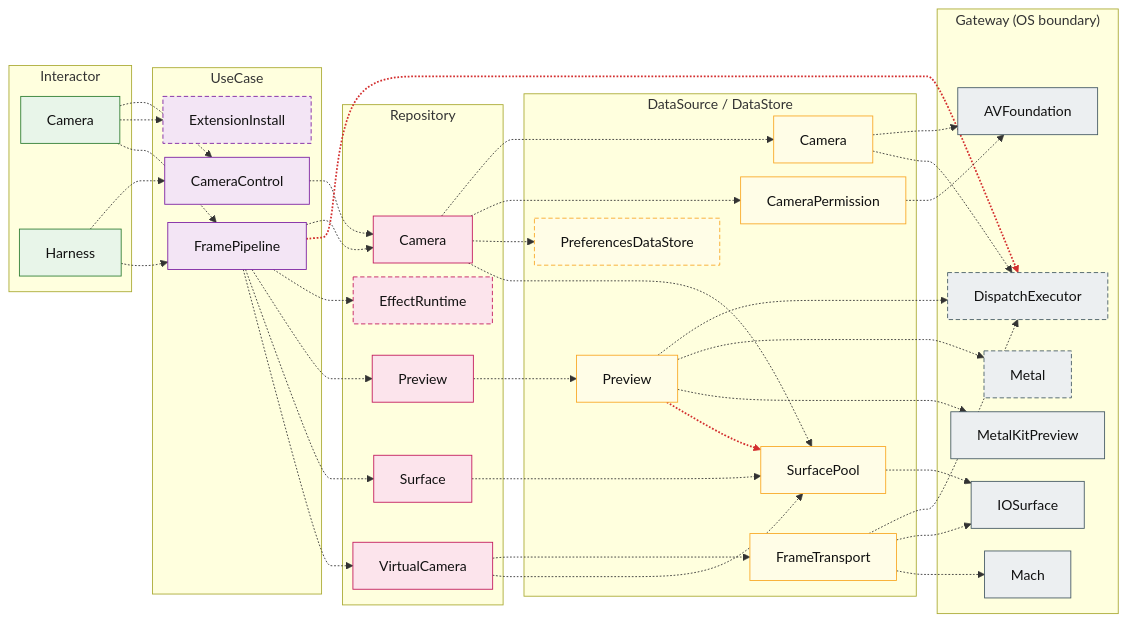
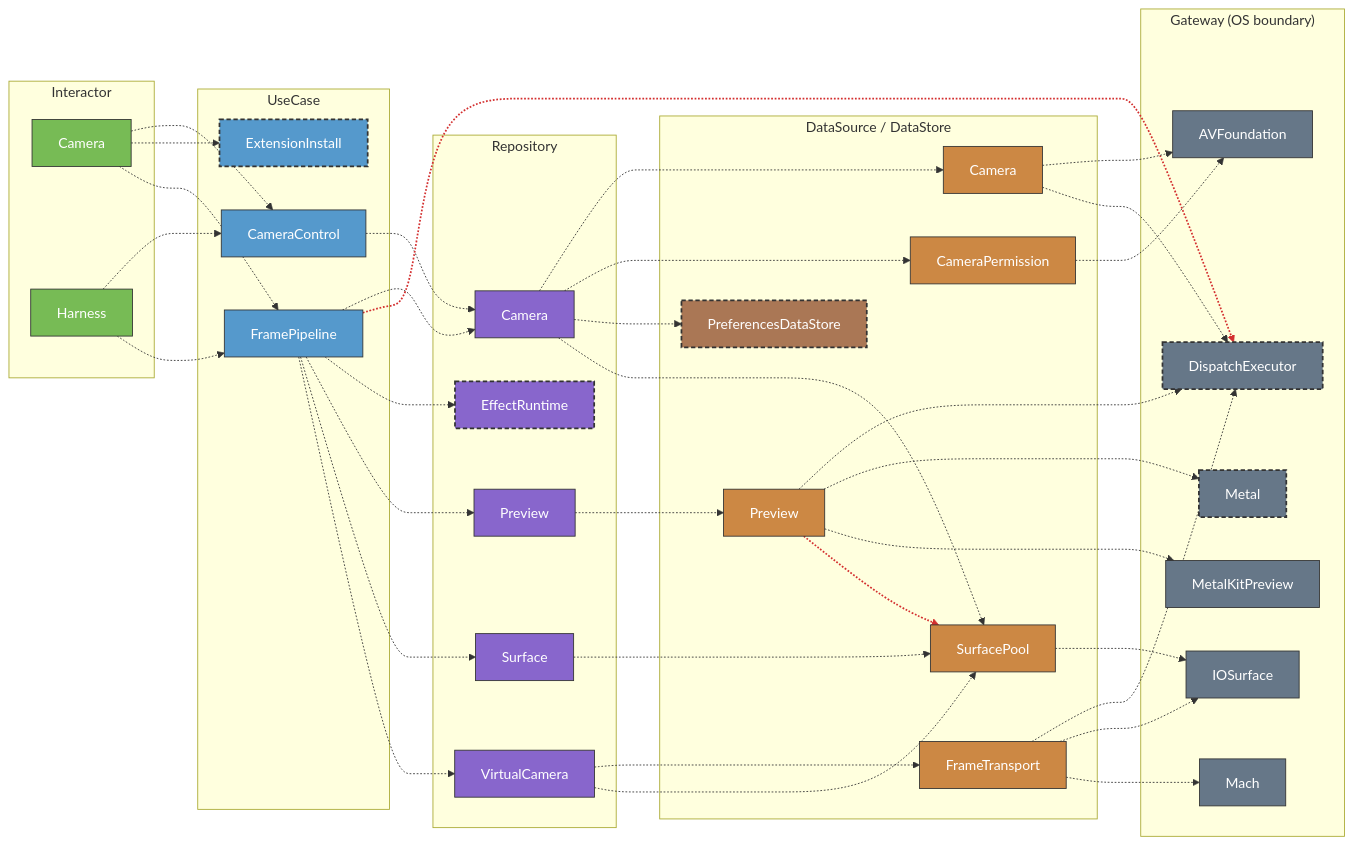
The fourth of 8 diagrams in docs/ARCHITECTURE.md (GeneralD/mirage), drawn with Mermaid before and after one commit. The commit also changed other lines of this file, not shown here.

First line of the commit message:
docs(architecture): colour the diagrams by layer as in lyra

````diff
--- a/docs/ARCHITECTURE.md
+++ b/docs/ARCHITECTURE.md
@@ -214,78 +213,77 @@
 ```mermaid
-%%{init: {"flowchart": {"rankSpacing": 24, "nodeSpacing": 16}}}%%
 graph LR
   subgraph Area0_int["Interactor"]
     CameraInteractor["Camera"]:::int
     HarnessInteractor["Harness"]:::int
   end
   subgraph Area0_uc["UseCase"]
     CameraControlUseCase["CameraControl"]:::uc
     FramePipelineUseCase["FramePipeline"]:::uc
     ExtensionInstallUseCase["ExtensionInstall"]:::ucx
   end
   subgraph Area0_repo["Repository"]
     CameraRepository["Camera"]:::repo
     PreviewRepository["Preview"]:::repo
     VirtualCameraRepository["VirtualCamera"]:::repo
     SurfaceRepository["Surface"]:::repo
     EffectRuntimeRepository["EffectRuntime"]:::repox
   end
   subgraph Area0_ds["DataSource / DataStore"]
     CameraDataSource["Camera"]:::ds
     CameraPermissionDataSource["CameraPermission"]:::ds
     PreviewDataSource["Preview"]:::ds
     FrameTransportDataSource["FrameTransport"]:::ds
     SurfacePoolDataSource["SurfacePool"]:::ds
-    PreferencesDataStore:::dsx
+    PreferencesDataStore:::dstorex
   end
   subgraph Area0_gw["Gateway (OS boundary)"]
     AVFoundationGateway["AVFoundation"]:::gw
     MetalKitPreviewGateway["MetalKitPreview"]:::gw
     IOSurfaceGateway["IOSurface"]:::gw
     MachGateway["Mach"]:::gw
     DispatchExecutorGateway["DispatchExecutor"]:::gwx
     MetalGateway["Metal"]:::gwx
   end
   CameraInteractor -.-> CameraControlUseCase
   CameraInteractor -.-> ExtensionInstallUseCase
   CameraInteractor -.-> FramePipelineUseCase
   HarnessInteractor -.-> CameraControlUseCase
   HarnessInteractor -.-> FramePipelineUseCase
   CameraControlUseCase -.-> CameraRepository
   FramePipelineUseCase -.-> CameraRepository
   FramePipelineUseCase -.-> DispatchExecutorGateway
   FramePipelineUseCase -.-> EffectRuntimeRepository
   FramePipelineUseCase -.-> PreviewRepository
   FramePipelineUseCase -.-> SurfaceRepository
   FramePipelineUseCase -.-> VirtualCameraRepository
   CameraRepository -.-> CameraDataSource
   CameraRepository -.-> CameraPermissionDataSource
   CameraRepository -.-> PreferencesDataStore
   CameraRepository -.-> SurfacePoolDataSource
   PreviewRepository -.-> PreviewDataSource
   VirtualCameraRepository -.-> FrameTransportDataSource
   VirtualCameraRepository -.-> SurfacePoolDataSource
   SurfaceRepository -.-> SurfacePoolDataSource
   CameraDataSource -.-> AVFoundationGateway
   CameraDataSource -.-> DispatchExecutorGateway
   CameraPermissionDataSource -.-> AVFoundationGateway
   PreviewDataSource -.-> DispatchExecutorGateway
   PreviewDataSource -.-> MetalGateway
   PreviewDataSource -.-> MetalKitPreviewGateway
   PreviewDataSource -.-> SurfacePoolDataSource
   FrameTransportDataSource -.-> DispatchExecutorGateway
   FrameTransportDataSource -.-> IOSurfaceGateway
   FrameTransportDataSource -.-> MachGateway
   SurfacePoolDataSource -.-> IOSurfaceGateway
-  classDef ds fill:#fffde7,stroke:#f9a825,color:#111
-  classDef dsx fill:#fffde7,stroke:#f9a825,color:#111,stroke-dasharray:5 3
-  classDef gw fill:#eceff1,stroke:#455a64,color:#111
-  classDef gwx fill:#eceff1,stroke:#455a64,color:#111,stroke-dasharray:5 3
-  classDef int fill:#e8f5e9,stroke:#2e7d32,color:#111
-  classDef repo fill:#fce4ec,stroke:#c2185b,color:#111
-  classDef repox fill:#fce4ec,stroke:#c2185b,color:#111,stroke-dasharray:5 3
-  classDef uc fill:#f3e5f5,stroke:#7b1fa2,color:#111
-  classDef ucx fill:#f3e5f5,stroke:#7b1fa2,color:#111,stroke-dasharray:5 3
+  classDef ds fill:#c84,stroke:#333,color:#fff
+  classDef dstorex fill:#a75,stroke:#333,stroke-width:2px,stroke-dasharray:5 3,color:#fff
+  classDef gw fill:#678,stroke:#333,color:#fff
+  classDef gwx fill:#678,stroke:#333,stroke-width:2px,stroke-dasharray:5 3,color:#fff
+  classDef int fill:#7b5,stroke:#333,color:#fff
+  classDef repo fill:#86c,stroke:#333,color:#fff
+  classDef repox fill:#86c,stroke:#333,stroke-width:2px,stroke-dasharray:5 3,color:#fff
+  classDef uc fill:#59c,stroke:#333,color:#fff
+  classDef ucx fill:#59c,stroke:#333,stroke-width:2px,stroke-dasharray:5 3,color:#fff
   linkStyle 7 stroke:#d32f2f,stroke-width:2px
   linkStyle 26 stroke:#d32f2f,stroke-width:2px
 ```
````
